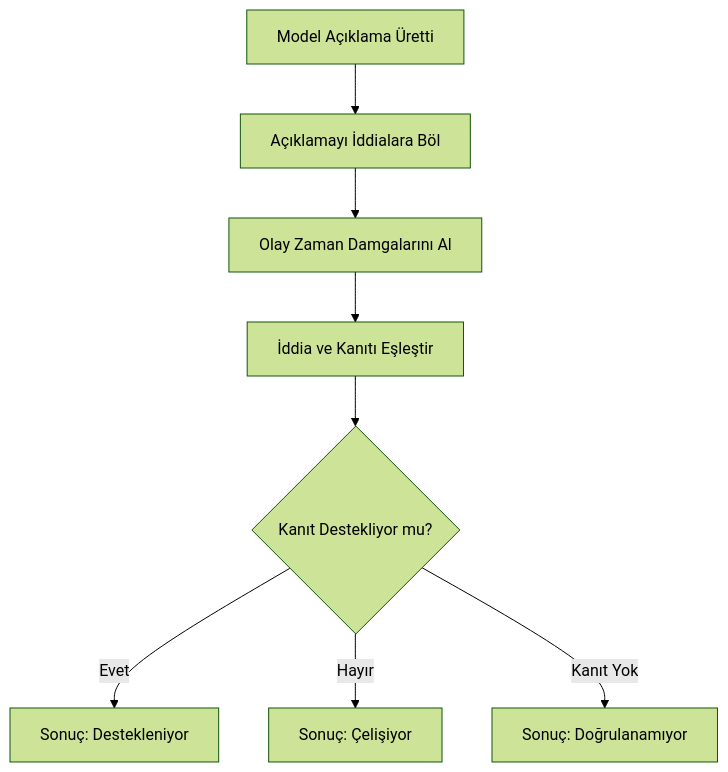
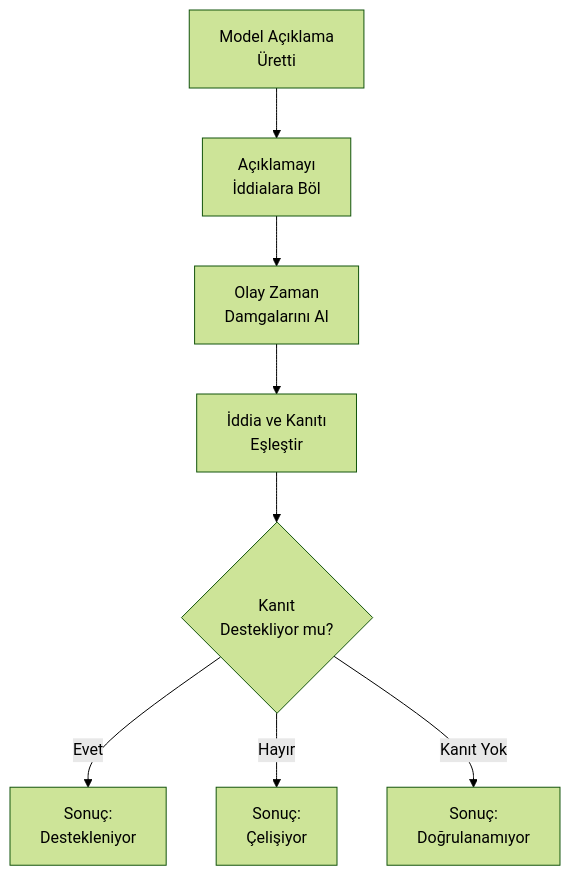
Before and after one commit to seherayddn/ses-olaylari-guvenilir-yapay-zeka: the fourth of 6 diagrams in docs/1_Hafta_Diyagramlari.md, drawn with Mermaid (forest theme). The commit also changed other lines of this file, not shown here.

Commit message:
Update Turkish terms in diagrams for clarity

````diff
--- a/docs/1_Hafta_Diyagramlari.md
+++ b/docs/1_Hafta_Diyagramlari.md
@@ -71,10 +71,10 @@
 ```mermaid
 graph TD
-    A["Model Açıklama Üretti"] --> B["Açıklamayı İddialara Böl"]
-    B --> C["Olay Zaman Damgalarını Al"]
-    C --> D["İddia ve Kanıtı Eşleştir"]
-    D --> E{"Kanıt Destekliyor mu?"}
-    E -- Evet --> F["Sonuç: Destekleniyor"]
-    E -- Hayır --> G["Sonuç: Çelişiyor"]
-    E -- Kanıt Yok --> H["Sonuç: Doğrulanamıyor"]
+    A[ Model Açıklama <br> Üretti ] --> B[ Açıklamayı <br> İddialara Böl ]
+    B --> C[ Olay Zaman <br> Damgalarını Al ]
+    C --> D[ İddia ve Kanıtı <br> Eşleştir ]
+    D --> E{ Kanıt <br> Destekliyor mu? }
+    E -- Evet --> F[ Sonuç: <br> Destekleniyor ]
+    E -- Hayır --> G[ Sonuç: <br> Çelişiyor ]
+    E -- Kanıt Yok --> H[ Sonuç: <br> Doğrulanamıyor ]
 ```
````
